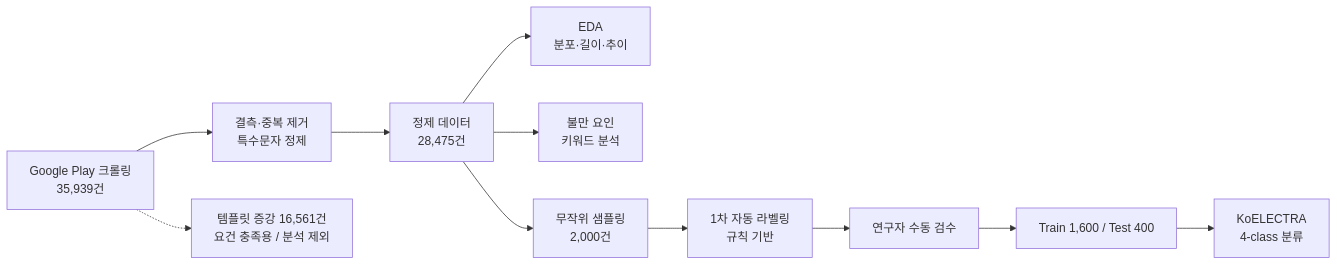
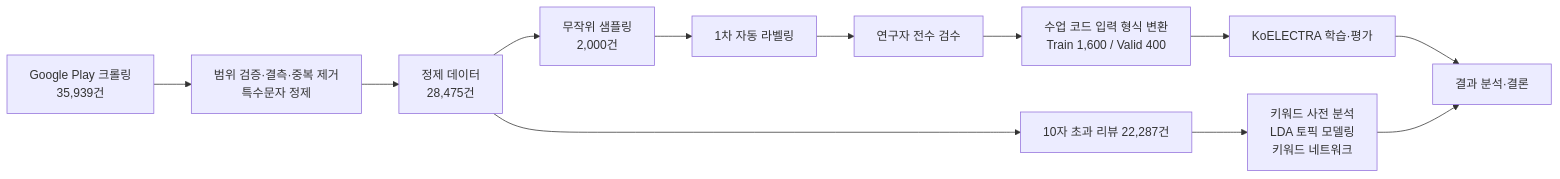
One commit to pes79/DatingApp-NLP-Project changed the diagram in README.md. Above: the diagram before and after it, drawn with Mermaid. The commit also changed other lines of this file, not shown here.

````diff
--- a/README.md
+++ b/README.md
@@ -135,13 +111,14 @@
 ```mermaid
 flowchart LR
-    A[Google Play 크롤링<br/>35,939건] --> B[결측·중복 제거<br/>특수문자 정제]
-    A -.-> X[템플릿 증강 16,561건<br/>요건 충족용 / 분석 제외]
+    A[Google Play 크롤링<br/>35,939건] --> B[범위 검증·결측·중복 제거<br/>특수문자 정제]
     B --> C[정제 데이터<br/>28,475건]
-    C --> D[EDA<br/>분포·길이·추이]
-    C --> E[불만 요인<br/>키워드 분석]
-    C --> F[무작위 샘플링<br/>2,000건]
-    F --> G[1차 자동 라벨링<br/>규칙 기반]
-    G --> H[연구자 수동 검수]
-    H --> I[Train 1,600 / Test 400]
-    I --> J[KoELECTRA<br/>4-class 분류]
+    C --> D[무작위 샘플링<br/>2,000건]
+    D --> E[1차 자동 라벨링]
+    E --> F[연구자 전수 검수]
+    F --> G[수업 코드 입력 형식 변환<br/>Train 1,600 / Valid 400]
+    G --> H[KoELECTRA 학습·평가]
+    C --> I[10자 초과 리뷰 22,287건]
+    I --> J[키워드 사전 분석<br/>LDA 토픽 모델링<br/>키워드 네트워크]
+    H --> K[결과 분석·결론]
+    J --> K
 ```
````
